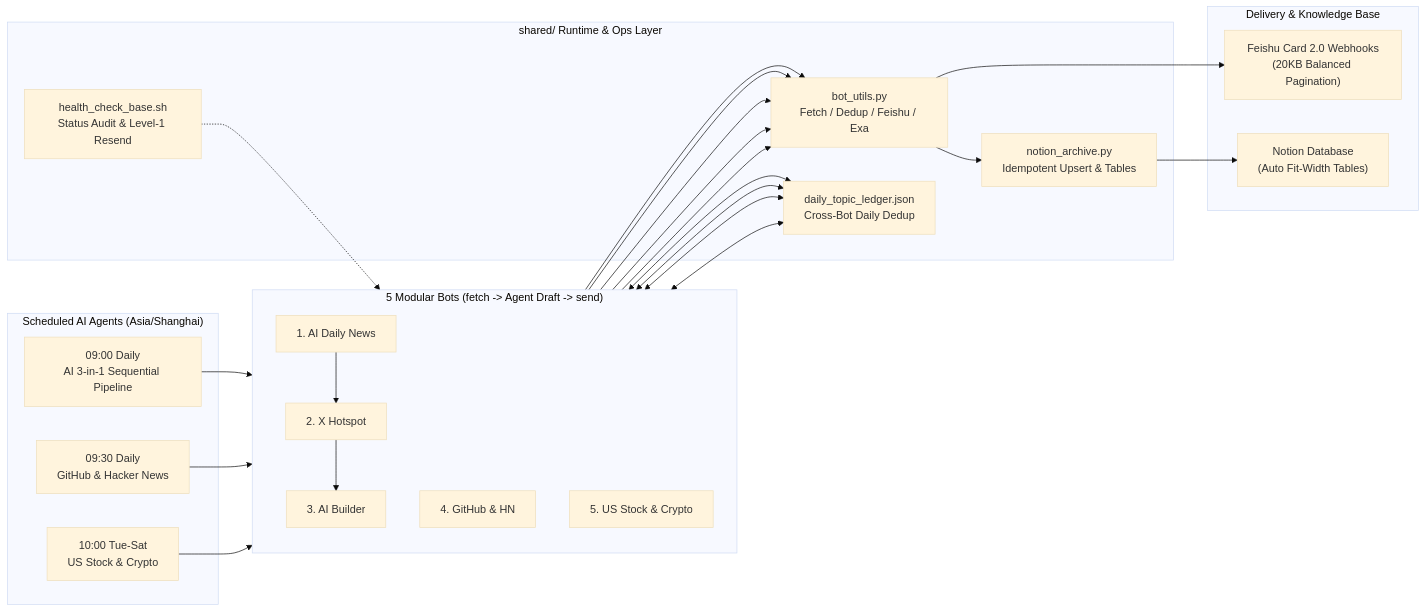
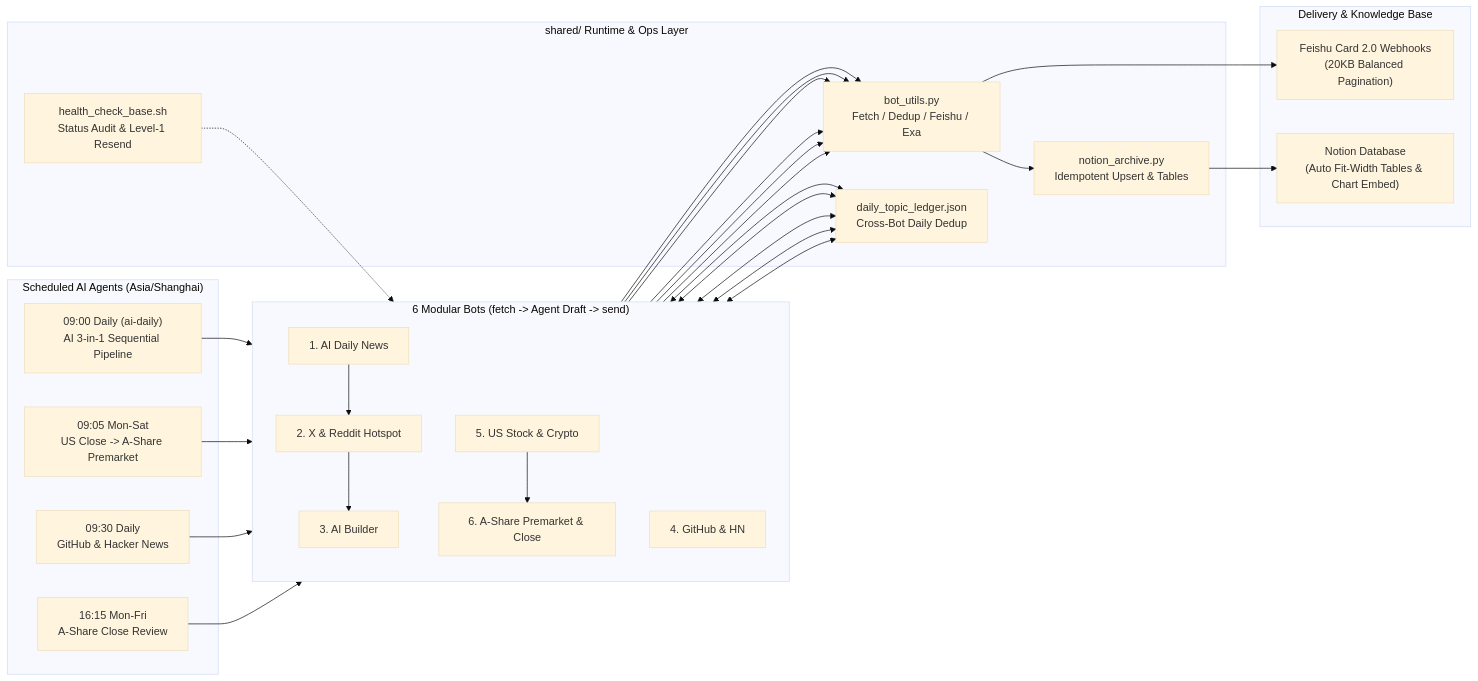
Before and after one commit to shirleyisdoingrightthings/daily-bots: the diagram in README.md, drawn with Mermaid (base theme). The commit also changed other lines of this file and 17 other files, not shown here.

````diff
--- a/README.md
+++ b/README.md
@@ -17,36 +17,38 @@
 ```mermaid
 flowchart LR
     subgraph Sched["Scheduled AI Agents (Asia/Shanghai)"]
-        S1["09:00 Daily<br/>AI 3-in-1 Sequential Pipeline"]
-        S2["09:30 Daily<br/>GitHub &amp; Hacker News"]
-        S3["10:00 Tue-Sat<br/>US Stock &amp; Crypto"]
+        S1["09:00 Daily (ai-daily)<br/>AI 3-in-1 Sequential Pipeline"]
+        S2["09:05 Mon-Sat<br/>US Close -> A-Share Premarket"]
+        S3["09:30 Daily<br/>GitHub &amp; Hacker News"]
+        S4["16:15 Mon-Fri<br/>A-Share Close Review"]
     end
 
-    subgraph Bots["5 Modular Bots (fetch -&gt; Agent Draft -&gt; send)"]
+    subgraph Bots["6 Modular Bots (fetch -&gt; Agent Draft -&gt; send)"]
         direction TB
-        B1["1. AI Daily News"] --> B2["2. X Hotspot"] --> B3["3. AI Builder"]
+        B1["1. AI Daily News"] --> B2["2. X &amp; Reddit Hotspot"] --> B3["3. AI Builder"]
         B4["4. GitHub &amp; HN"]
-        B5["5. US Stock &amp; Crypto"]
+        B5["5. US Stock &amp; Crypto"] --> B6["6. A-Share Premarket &amp; Close"]
     end
 
     subgraph Shared["shared/ Runtime &amp; Ops Layer"]
         U["bot_utils.py<br/>Fetch / Dedup / Feishu / Exa"]
         L["daily_topic_ledger.json<br/>Cross-Bot Daily Dedup"]
         N["notion_archive.py<br/>Idempotent Upsert &amp; Tables"]
         H["health_check_base.sh<br/>Status Audit &amp; Level-1 Resend"]
     end
 
     subgraph Out["Delivery &amp; Knowledge Base"]
         F["Feishu Card 2.0 Webhooks<br/>(20KB Balanced Pagination)"]
-        ND["Notion Database<br/>(Auto Fit-Width Tables)"]
+        ND["Notion Database<br/>(Auto Fit-Width Tables &amp; Chart Embed)"]
     end
 
     S1 --> B1
-    S2 --> B4
-    S3 --> B5
-    B1 & B2 & B3 & B4 <--> L
-    B1 & B2 & B3 & B4 & B5 --> U
+    S2 --> B5
+    S3 --> B4
+    S4 --> B6
+    B1 & B2 & B3 & B4 & B5 <--> L
+    B1 & B2 & B3 & B4 & B5 & B6 --> U
     U --> F
     U --> N --> ND
     H -.-> Bots
 ```
````
